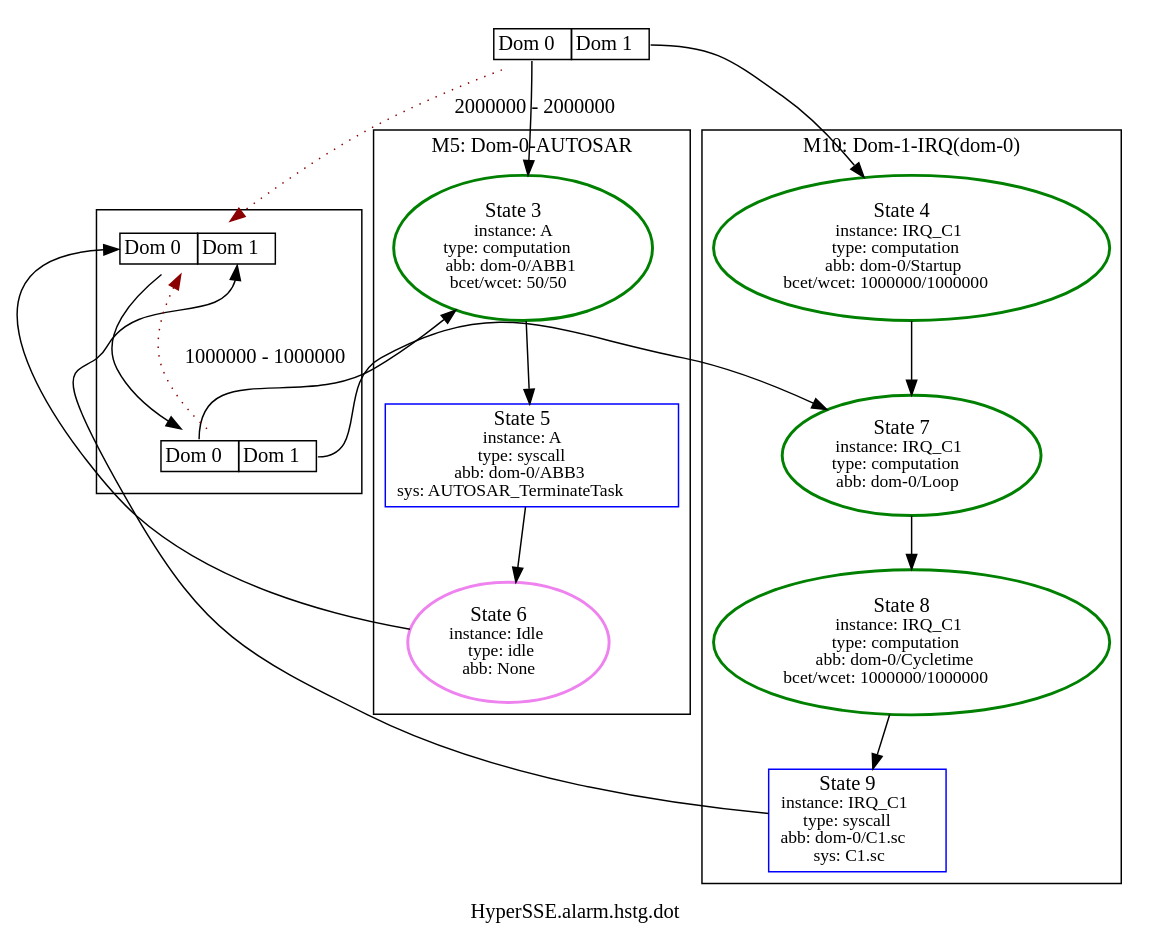
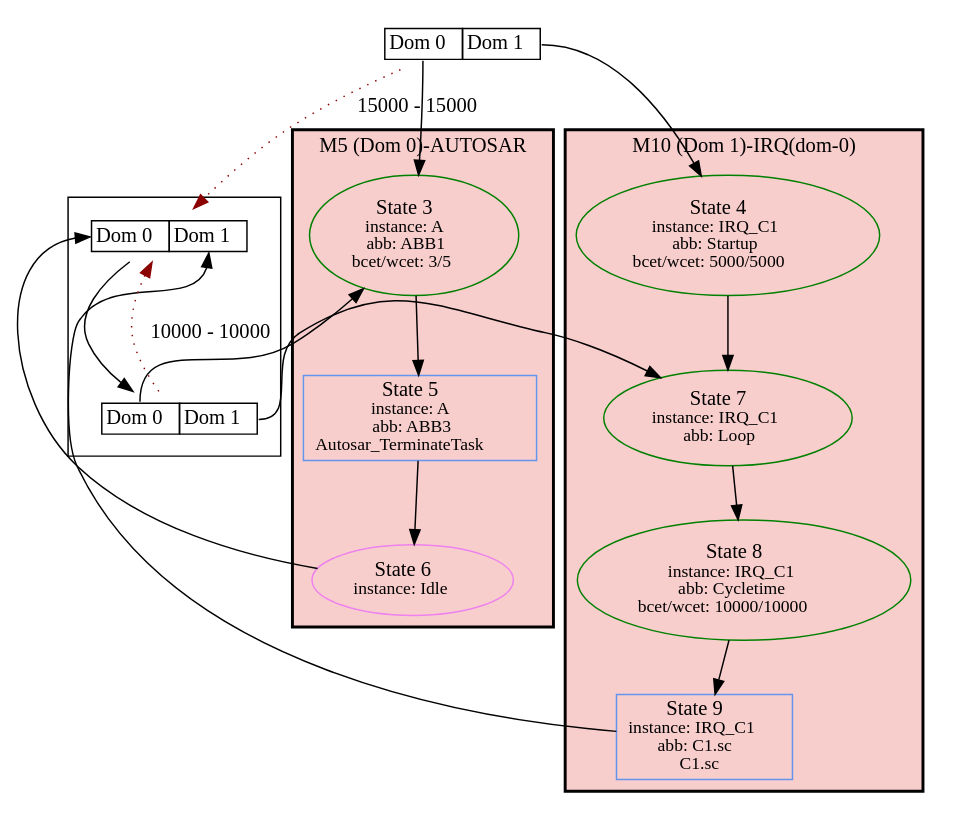
Before and after one commit to luhsra/ara: the diagram in appl/Xen/alarm/HyperSSE.alarm.hstg.dot, drawn with Graphviz. The commit also changed 9 other files, not shown here.

```diff
--- a/appl/Xen/alarm/HyperSSE.alarm.hstg.dot
+++ b/appl/Xen/alarm/HyperSSE.alarm.hstg.dot
@@ -1,39 +1,40 @@
 digraph G {
-label="HyperSSE.alarm.hstg.dot";
+label="";
 1 [label=<<TABLE BORDER="0" CELLBORDER="1" CELLSPACING="0"><TR><TD PORT="c0">Dom 0</TD><TD PORT="c1">Dom 1</TD></TR></TABLE>>, shape=plaintext, tooltip=1];
 subgraph cluster_5 {
-label="M5: Dom-0-AUTOSAR";
-2 [color=green, fontsize=14, label=<State 3<br/><font point-size='12'>instance: A<br/>type: computation<br/>abb: dom-0/ABB1<br/>bcet/wcet: 50/50</font>>, style=bold, tooltip=2];
-3 [color=blue, fontsize=14, label=<State 5<br/><font point-size='12'>instance: A<br/>type: syscall<br/>abb: dom-0/ABB3<br/>sys: AUTOSAR_TerminateTask</font>>, shape=box, tooltip=3];
-4 [color=violet, fontsize=14, label=<State 6<br/><font point-size='12'>instance: Idle<br/>type: idle<br/>abb: None</font>>, style=bold, tooltip=4];
+label="M5 (Dom 0)-AUTOSAR";
+bgcolor="#F8CECC";
+style=bold;
+2 [fontsize=14, label=<State 3<br/><font point-size='12'>instance: A<br/>abb: ABB1<br/>bcet/wcet: 3/5</font>>, tooltip=2, style=solid, color=green];
+3 [fontsize=14, label=<State 5<br/><font point-size='12'>instance: A<br/>abb: ABB3<br/>Autosar_TerminateTask</font>>, tooltip=3, color=cornflowerblue, shape=box];
+4 [fontsize=14, label=<State 6<br/><font point-size='12'>instance: Idle</font>>, tooltip=4, style=solid, color=violet];
 }
-
 subgraph cluster_10 {
-label="M10: Dom-1-IRQ(dom-0)";
-8 [color=green, fontsize=14, label=<State 8<br/><font point-size='12'>instance: IRQ_C1<br/>type: computation<br/>abb: dom-0/Cycletime<br/>bcet/wcet: 1000000/1000000</font>>, style=bold, tooltip=8];
-9 [color=blue, fontsize=14, label=<State 9<br/><font point-size='12'>instance: IRQ_C1<br/>type: syscall<br/>abb: dom-0/C1.sc<br/>sys: C1.sc</font>>, shape=box, tooltip=9];
-6 [color=green, fontsize=14, label=<State 4<br/><font point-size='12'>instance: IRQ_C1<br/>type: computation<br/>abb: dom-0/Startup<br/>bcet/wcet: 1000000/1000000</font>>, style=bold, tooltip=6];
-7 [color=green, fontsize=14, label=<State 7<br/><font point-size='12'>instance: IRQ_C1<br/>type: computation<br/>abb: dom-0/Loop</font>>, style=bold, tooltip=7];
+label="M10 (Dom 1)-IRQ(dom-0)";
+bgcolor="#F8CECC";
+style=bold;
+8 [fontsize=14, label=<State 8<br/><font point-size='12'>instance: IRQ_C1<br/>abb: Cycletime<br/>bcet/wcet: 10000/10000</font>>, tooltip=8, style=solid, color=green];
+9 [fontsize=14, label=<State 9<br/><font point-size='12'>instance: IRQ_C1<br/>abb: C1.sc<br/>C1.sc</font>>, tooltip=9, color=cornflowerblue, shape=box];
+6 [fontsize=14, label=<State 4<br/><font point-size='12'>instance: IRQ_C1<br/>abb: Startup<br/>bcet/wcet: 5000/5000</font>>, tooltip=6, style=solid, color=green];
+7 [fontsize=14, label=<State 7<br/><font point-size='12'>instance: IRQ_C1<br/>abb: Loop</font>>, tooltip=7, style=solid, color=green];
 }
-
 subgraph cluster_Metasync11 {
 label="";
 11 [label=<<TABLE BORDER="0" CELLBORDER="1" CELLSPACING="0"><TR><TD PORT="c0">Dom 0</TD><TD PORT="c1">Dom 1</TD></TR></TABLE>>, shape=plaintext, tooltip=11];
 12 [label=<<TABLE BORDER="0" CELLBORDER="1" CELLSPACING="0"><TR><TD PORT="c0">Dom 0</TD><TD PORT="c1">Dom 1</TD></TR></TABLE>>, shape=plaintext, tooltip=12];
 }
-
-1:c0 -> 2  [color=black];
-1:c1 -> 6  [color=black];
-1 -> 11  [color=darkred, label="2000000 - 2000000", style=dotted];
-2 -> 3  [color=black];
-3 -> 4  [color=black];
-4 -> 11:c0  [color=black];
-6 -> 7  [color=black];
-7 -> 8  [color=black];
-8 -> 9  [color=black];
-9 -> 11:c1  [color=black];
-11 -> 12  [color=black];
-12:c1 -> 7  [color=black];
-12:c0 -> 2  [color=black];
-12 -> 11  [color=darkred, label="1000000 - 1000000", style=dotted];
+1:c0 -> 2 [color=black];
+1:c1 -> 6 [color=black];
+1 -> 11 [color=darkred, style=dotted, label="15000 - 15000"];
+2 -> 3 [color=black];
+3 -> 4 [color=black];
+4 -> 11:c0 [color=black];
+6 -> 7 [color=black];
+7 -> 8 [color=black];
+8 -> 9 [color=black];
+9 -> 11:c1 [color=black];
+11 -> 12 [color=black];
+12:c1 -> 7 [color=black];
+12:c0 -> 2 [color=black];
+12 -> 11 [color=darkred, style=dotted, label="10000 - 10000"];
 }
```
